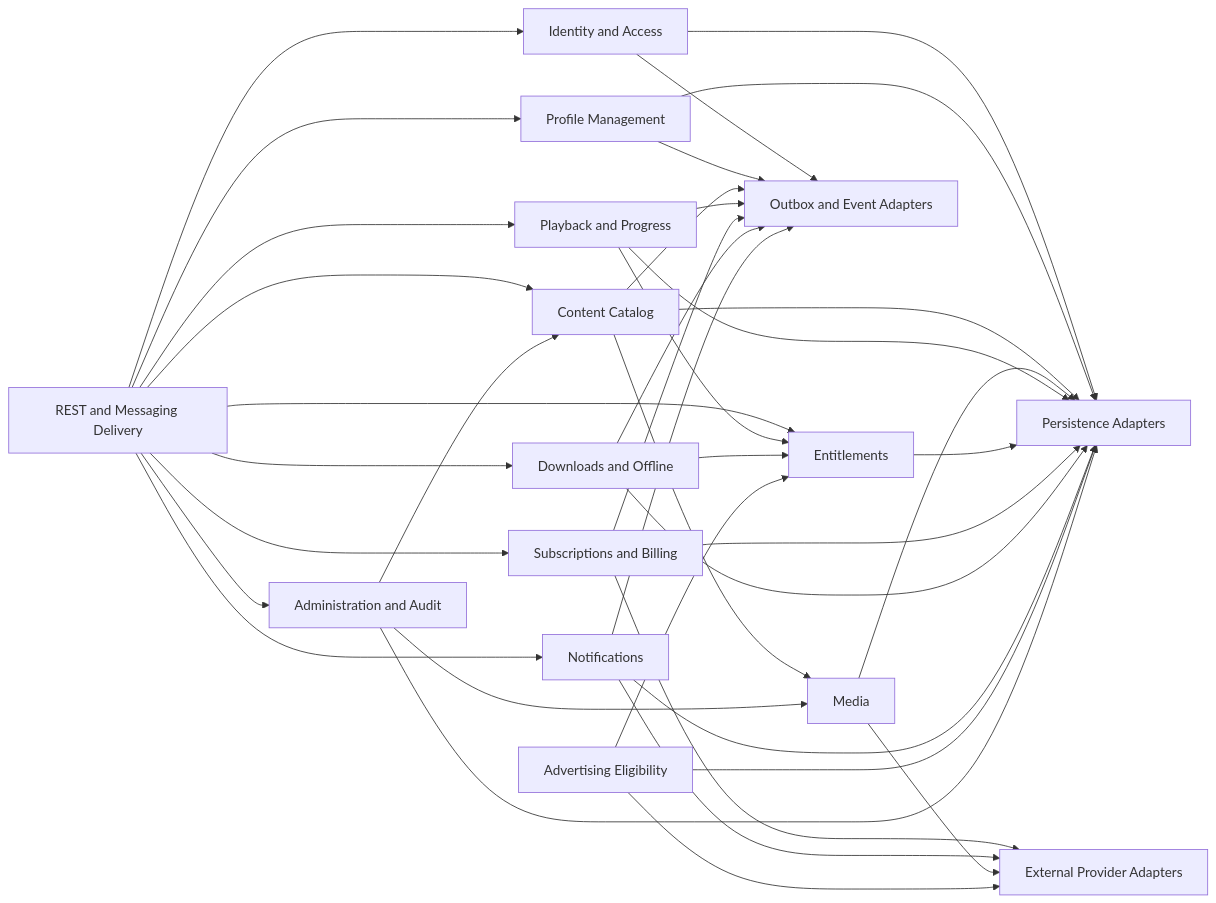
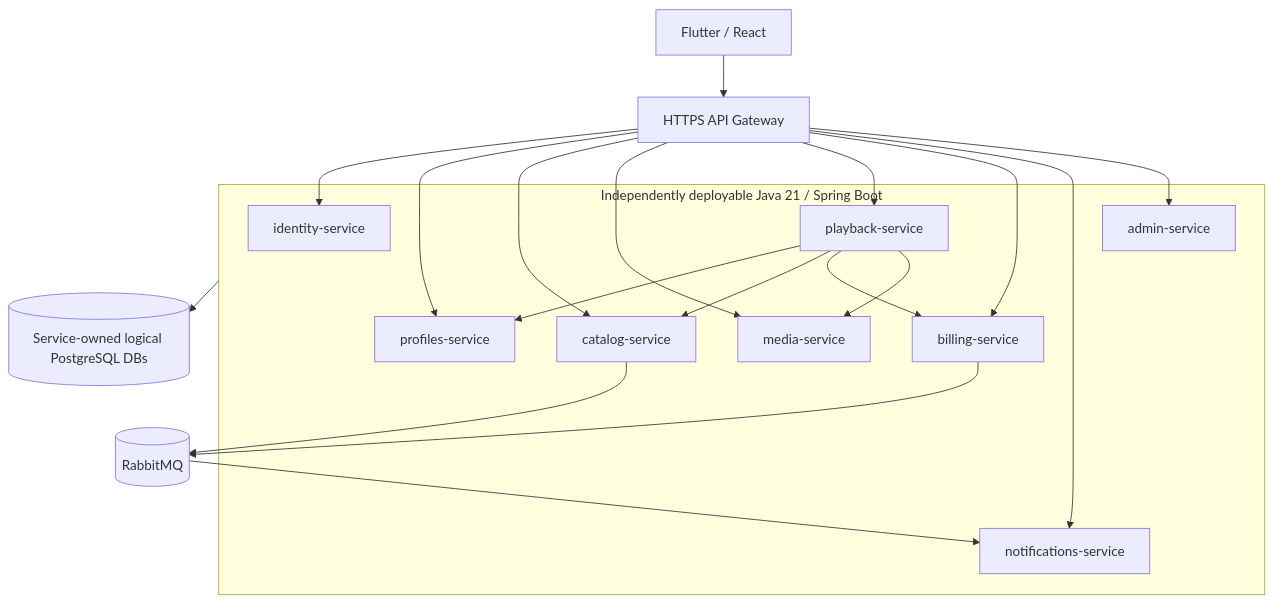
The third of 3 diagrams in docs/03_Architecture/C4_Model/README.md (IoanMarian08/KidsAudioBookPlatform), drawn with Mermaid before and after one commit. The commit also changed other lines of this file and 3 other files, not shown here.

````diff
--- a/docs/03_Architecture/C4_Model/README.md
+++ b/docs/03_Architecture/C4_Model/README.md
@@ -219,62 +219,30 @@
-```mermaid
-flowchart LR
-    Delivery[REST and Messaging Delivery]
-
-    Identity[Identity and Access]
-    Profiles[Profile Management]
-    Catalog[Content Catalog]
-    Media[Media]
-    Playback[Playback and Progress]
-    Entitlements[Entitlements]
-    Subscriptions[Subscriptions and Billing]
-    Downloads[Downloads and Offline]
-    Notifications[Notifications]
-    Advertising[Advertising Eligibility]
-    Administration[Administration and Audit]
-
-    Persistence[Persistence Adapters]
-    Providers[External Provider Adapters]
-    Events[Outbox and Event Adapters]
-
-    Delivery --> Identity
-    Delivery --> Profiles
-    Delivery --> Catalog
-    Delivery --> Playback
-    Delivery --> Entitlements
-    Delivery --> Subscriptions
-    Delivery --> Downloads
-    Delivery --> Notifications
-    Delivery --> Administration
-
-    Catalog --> Media
-    Playback --> Entitlements
-    Downloads --> Entitlements
-    Advertising --> Entitlements
-    Administration --> Catalog
-    Administration --> Media
-
-    Identity --> Persistence
-    Profiles --> Persistence
-    Catalog --> Persistence
-    Media --> Persistence
-    Playback --> Persistence
-    Entitlements --> Persistence
-    Subscriptions --> Persistence
-    Downloads --> Persistence
-    Notifications --> Persistence
-    Advertising --> Persistence
-    Administration --> Persistence
-
-    Subscriptions --> Providers
-    Notifications --> Providers
-    Media --> Providers
-    Advertising --> Providers
-
-    Identity --> Events
-    Profiles --> Events
-    Catalog --> Events
-    Playback --> Events
-    Subscriptions --> Events
-    Downloads --> Events
-    Notifications --> Events
-```
+~~~mermaid
+flowchart TB
+  Client[Flutter / React] --> Gateway[HTTPS API Gateway]
+  subgraph Services[Independently deployable Java 21 / Spring Boot]
+    Identity[identity-service]
+    Profiles[profiles-service]
+    Catalog[catalog-service]
+    Media[media-service]
+    Playback[playback-service]
+    Billing[billing-service]
+    Notifications[notifications-service]
+    Admin[admin-service]
+  end
+  Gateway --> Identity
+  Gateway --> Profiles
+  Gateway --> Catalog
+  Gateway --> Media
+  Gateway --> Playback
+  Gateway --> Billing
+  Gateway --> Notifications
+  Gateway --> Admin
+  Playback --> Profiles
+  Playback --> Catalog
+  Playback --> Billing
+  Playback --> Media
+  Billing --> Broker[(RabbitMQ)]
+  Catalog --> Broker
+  Broker --> Notifications
+  Services --> DB[(Service-owned logical PostgreSQL DBs)]
+~~~
````
